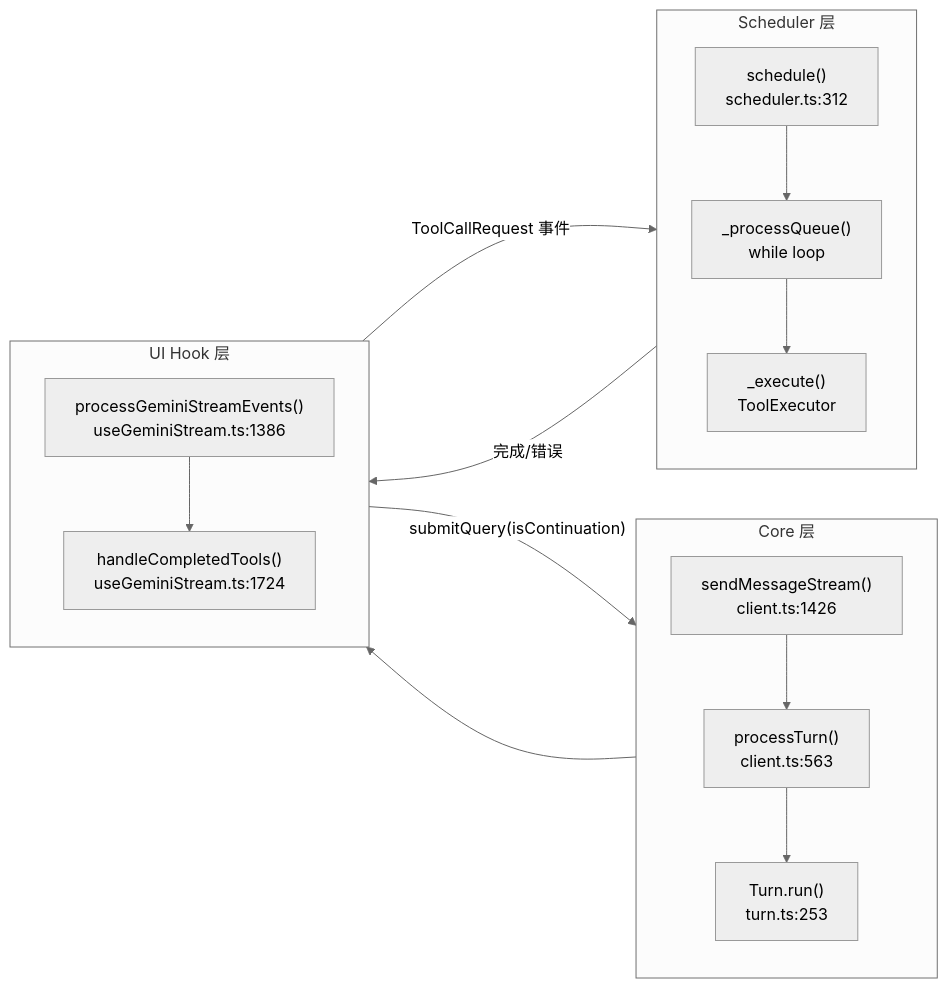
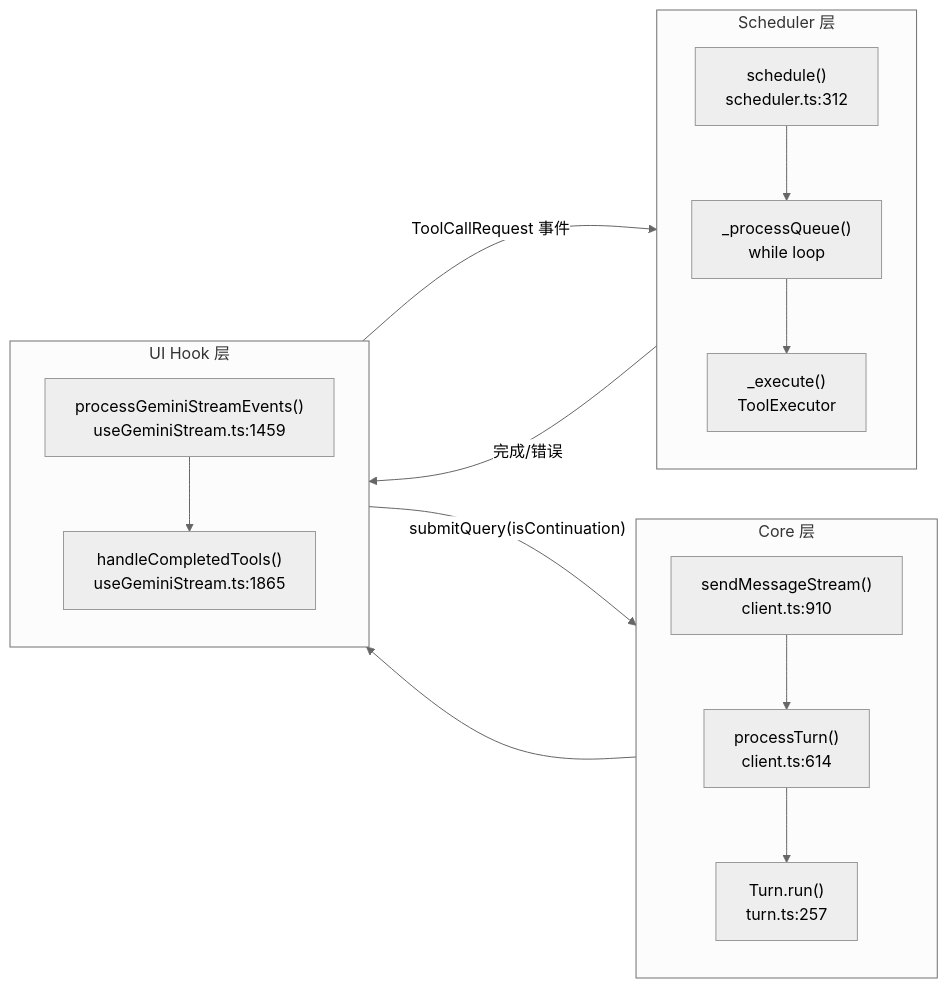
One commit to feuyeux/hello-olleh changed the third of 4 diagrams in docs/hello-harness/13-agent-loop.md. Above: the diagram before and after it, drawn with Mermaid. The commit also changed other lines of this file and 78 other files, not shown here.

````diff
--- a/docs/hello-harness/13-agent-loop.md
+++ b/docs/hello-harness/13-agent-loop.md
@@ -517,25 +517,25 @@
 ```mermaid
 ---
 config:
   theme: neutral
 ---
 flowchart LR
     subgraph Core["Core 层"]
         direction TB
-        A["sendMessageStream()<br/>client.ts:1426"] --> B["processTurn()<br/>client.ts:563"]
-        B --> C["Turn.run()<br/>turn.ts:253"]
+        A["sendMessageStream()<br/>client.ts:910"] --> B["processTurn()<br/>client.ts:614"]
+        B --> C["Turn.run()<br/>turn.ts:257"]
     end
     subgraph Sched["Scheduler 层"]
         direction TB
         D["schedule()<br/>scheduler.ts:312"] --> E["_processQueue()<br/>while loop"]
         E --> F["_execute()<br/>ToolExecutor"]
     end
     subgraph UI["UI Hook 层"]
         direction TB
-        G["processGeminiStreamEvents()<br/>useGeminiStream.ts:1386"] --> H["handleCompletedTools()<br/>useGeminiStream.ts:1724"]
+        G["processGeminiStreamEvents()<br/>useGeminiStream.ts:1459"] --> H["handleCompletedTools()<br/>useGeminiStream.ts:1865"]
     end
     C --> G
     G -->|"ToolCallRequest 事件"| D
     F -->|"完成/错误"| H
     H -->|"submitQuery(isContinuation)"| A
 ```
````
